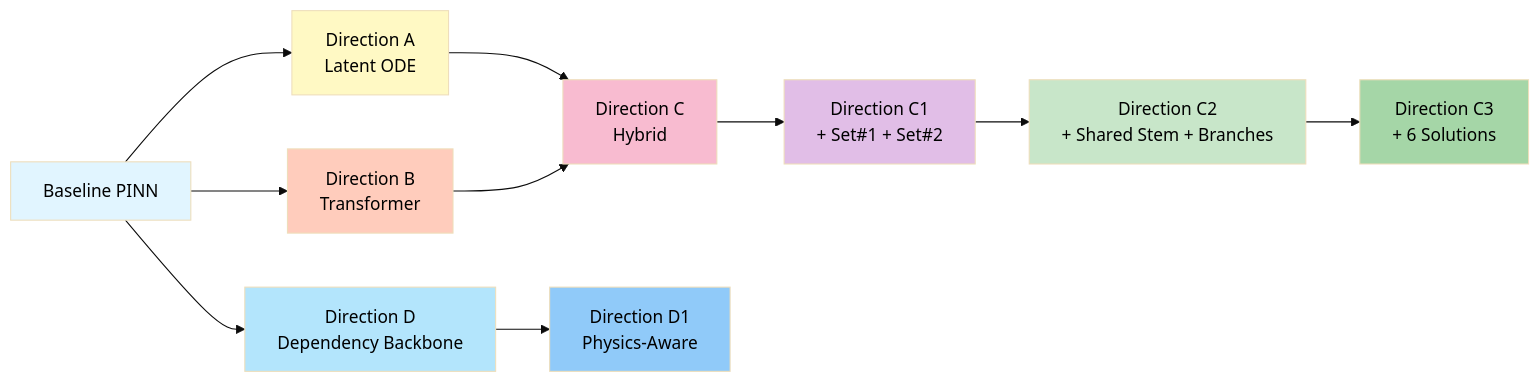
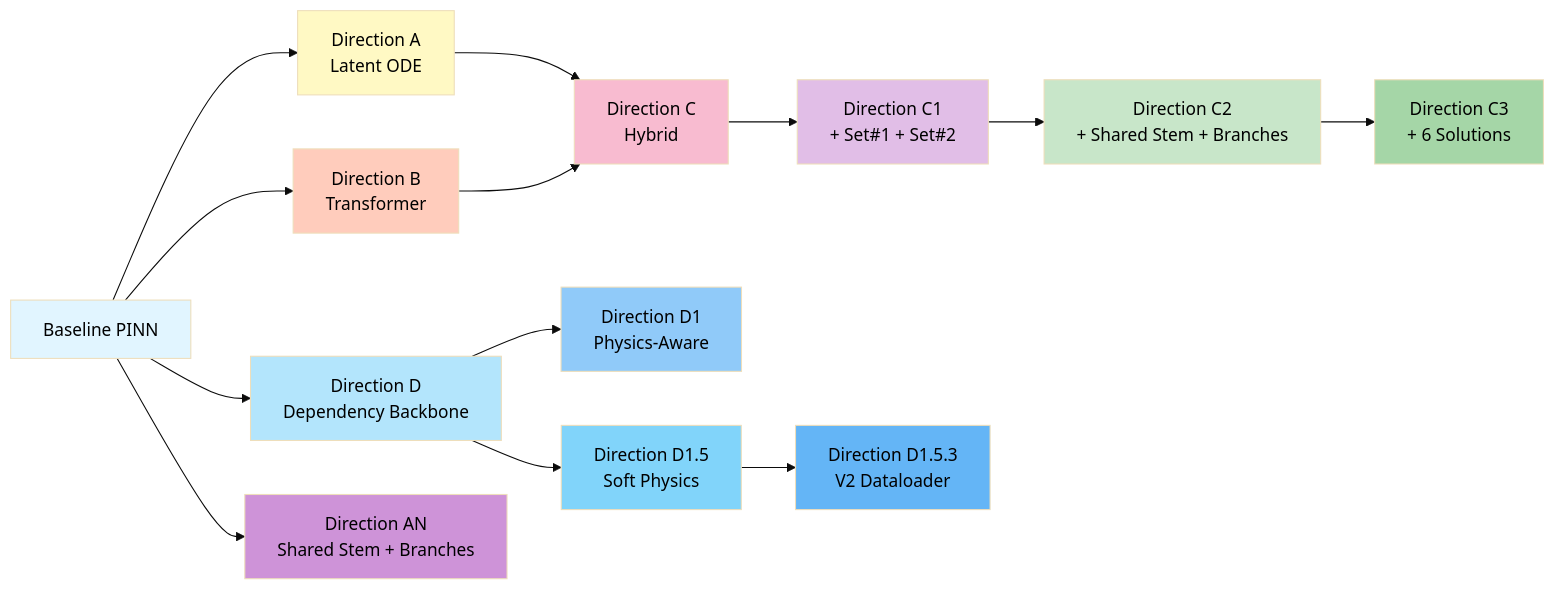
Diagram 13 of 13 in docs/architecture_diagram.md (hahahuy/thesis-rocket-trajectory-optimizer), drawn with Mermaid (base theme) before and after one commit. The commit also changed other lines of this file and 2 other files, not shown here.

````diff
--- a/docs/architecture_diagram.md
+++ b/docs/architecture_diagram.md
@@ -463,22 +579,28 @@
 ```mermaid
 graph LR
     A["Baseline PINN"] --> B["Direction A<br/>Latent ODE"]
     A --> C["Direction B<br/>Transformer"]
     B --> D["Direction C<br/>Hybrid"]
     C --> D
     D --> E["Direction C1<br/>+ Set#1 + Set#2"]
     E --> F["Direction C2<br/>+ Shared Stem + Branches"]
     F --> G["Direction C3<br/>+ 6 Solutions"]
     A --> H["Direction D<br/>Dependency Backbone"]
     H --> I["Direction D1<br/>Physics-Aware"]
+    H --> J["Direction D1.5<br/>Soft Physics"]
+    J --> K["Direction D1.5.3<br/>V2 Dataloader"]
+    A --> L["Direction AN<br/>Shared Stem + Branches"]
     
     style A fill:#e1f5ff,color:#000000
     style B fill:#fff9c4,color:#000000
     style C fill:#ffccbc,color:#000000
     style D fill:#f8bbd0,color:#000000
     style E fill:#e1bee7,color:#000000
     style F fill:#c8e6c9,color:#000000
     style G fill:#a5d6a7,color:#000000
     style H fill:#b3e5fc,color:#000000
     style I fill:#90caf9,color:#000000
+    style J fill:#81d4fa,color:#000000
+    style K fill:#64b5f6,color:#000000
+    style L fill:#ce93d8,color:#000000
 ```
````
